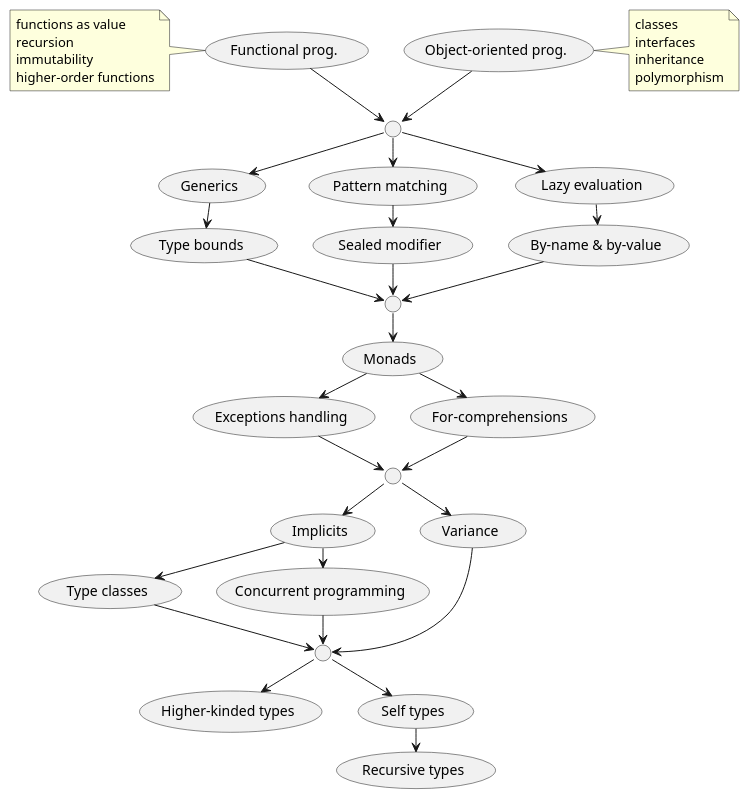
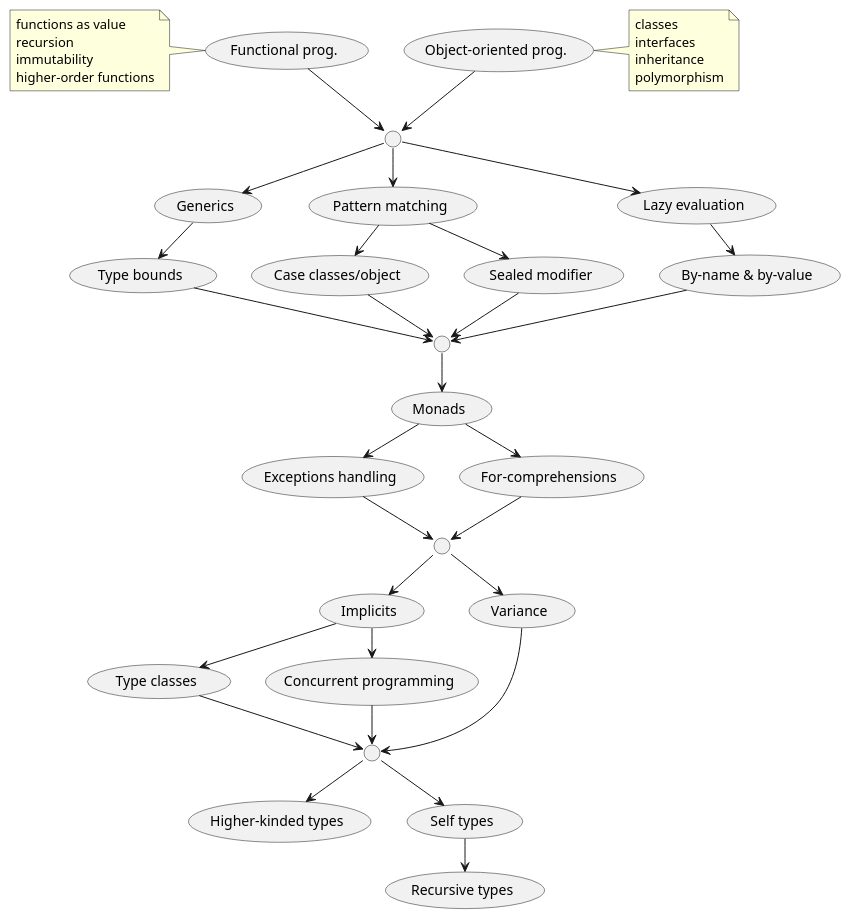
Before and after one commit to mmistakes/minimal-mistakes: the diagram in images/learning-path.plantuml, drawn with PlantUML. The commit also changed 1 other file, not shown here.

```diff
--- a/images/learning-path.plantuml
+++ b/images/learning-path.plantuml
@@ -1,75 +1,78 @@
 @startuml learning-path
 
 ' left to right direction
-skinparam ranksep 20
+skinparam ranksep 30
 
 (Object-oriented prog.) as OOP
 (Functional prog.) as FP
 circle " " as L1
 note left of FP
   functions as value
   recursion
   immutability
   higher-order functions
 end note
 note right of OOP
   classes
   interfaces
   inheritance
   polymorphism
 end note
 
 OOP   --> L1
 FP    --> L1
 
 (Generics) as Gen
 (Pattern matching) as Pattern
 (By-name & by-value) as NameVsValue
+(Case classes/object) as Case
 (Sealed modifier) as Sealed
 (Type bounds) as Bounds
 (Lazy evaluation) as Lazy
 
 L1      --> Gen
 L1      --> Pattern
 L1      --> Lazy
 Gen     --> Bounds
 Lazy    --> NameVsValue
 Pattern --> Sealed
+Pattern --> Case
 
 (Monads) as Monads
 (Exceptions handling) as Exc
 (For-comprehensions) as ForComp
 circle " " as L2
 
 Bounds      --> L2
+Case        --> L2
 Sealed      --> L2
 NameVsValue --> L2
 L2          --> Monads
 Monads      --> ForComp
 Monads      --> Exc
 
 (Implicits)
 (Type classes) as TP
 (Variance) as Var
 (Concurrent programming) as Conc
 circle " " as L3
 
 ForComp   --> L3
 Exc       --> L3
 L3        --> Implicits
 L3        --> Var
 Implicits --> Conc
 Implicits --> TP
 
 (Higher-kinded types) as HKT
 (Self types) as Self
 (Recursive types) as RecTpe
 circle " " as L4
 
 Conc    --> L4
 TP      --> L4
 Var     --> L4
 L4      --> HKT
 L4      --> Self
 Self    --> RecTpe
 @enduml
```
